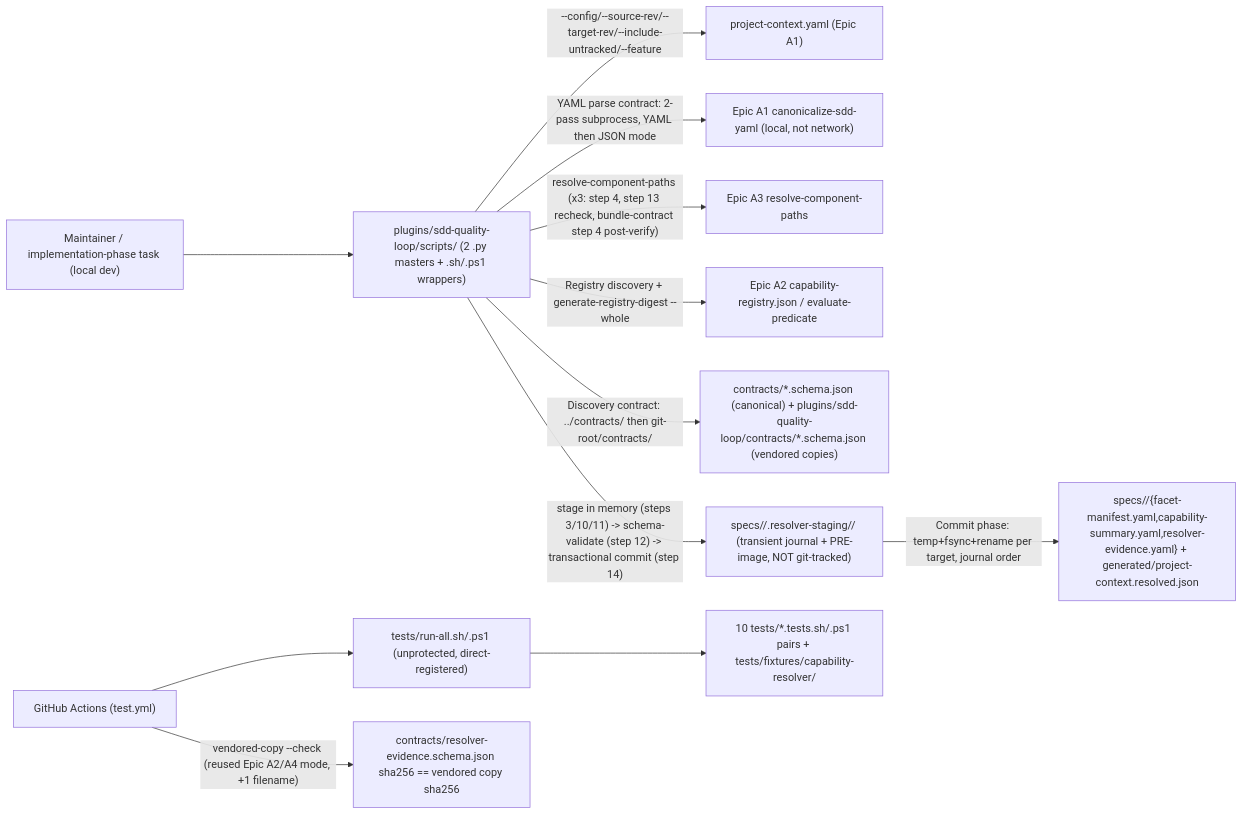
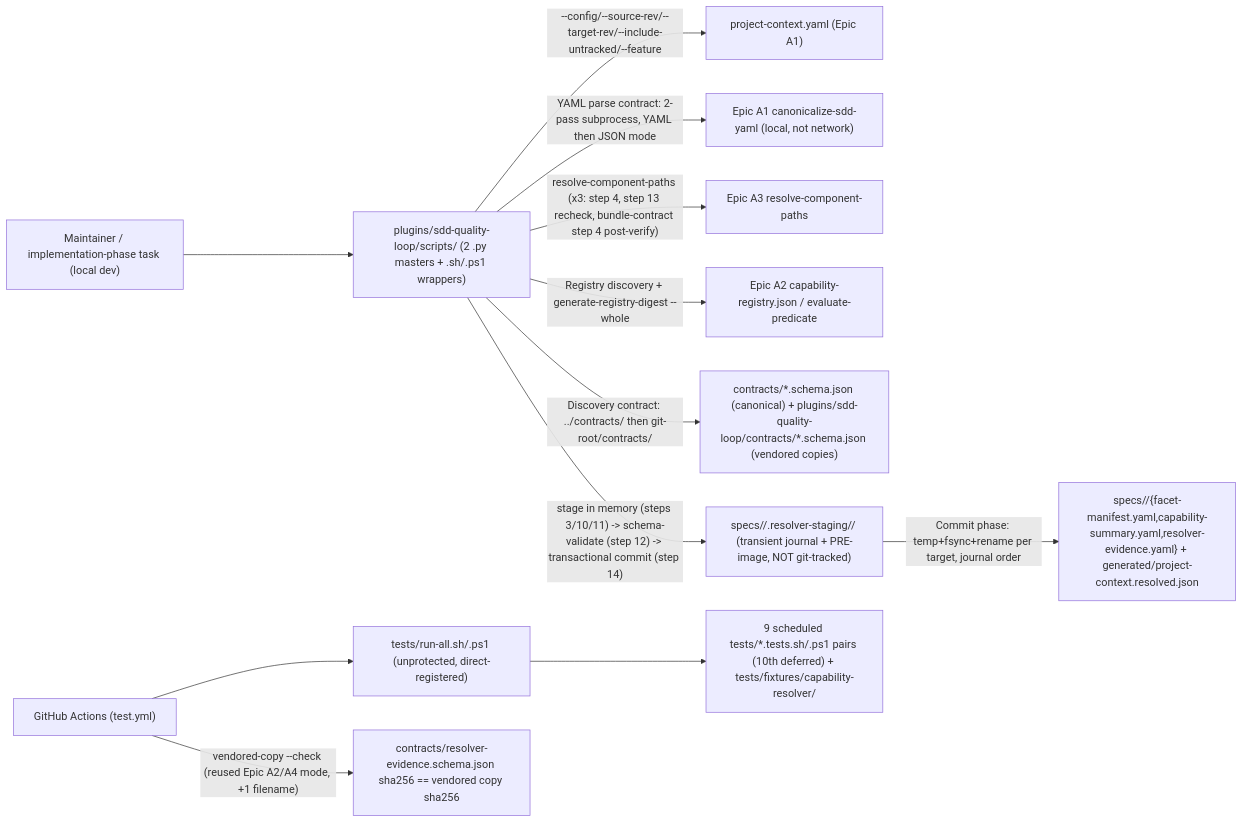
One commit to aharada54914/sdd-forge changed the first of 2 diagrams in specs/epic-193-a5-capability-resolver/infra-spec.md. Above: the diagram before and after it, drawn with Mermaid. The commit also changed other lines of this file and 1 other file, not shown here.

````diff
--- a/specs/epic-193-a5-capability-resolver/infra-spec.md
+++ b/specs/epic-193-a5-capability-resolver/infra-spec.md
@@ -13,14 +13,14 @@
 ```mermaid
 flowchart LR
   Dev["Maintainer / implementation-phase task (local dev)"] --> Scripts["plugins/sdd-quality-loop/scripts/ (2 .py masters + .sh/.ps1 wrappers)"]
   Scripts -->|"--config/--source-rev/--target-rev/--include-untracked/--feature"| YAML["project-context.yaml (Epic A1)"]
   Scripts -->|"YAML parse contract: 2-pass subprocess, YAML then JSON mode"| CANON["Epic A1 canonicalize-sdd-yaml (local, not network)"]
   Scripts -->|"resolve-component-paths (x3: step 4, step 13 recheck, bundle-contract step 4 post-verify)"| A3["Epic A3 resolve-component-paths"]
   Scripts -->|"Registry discovery + generate-registry-digest --whole"| A2["Epic A2 capability-registry.json / evaluate-predicate"]
   Scripts -->|"Discovery contract: ../contracts/ then git-root/contracts/"| CONTRACTS["contracts/*.schema.json (canonical) + plugins/sdd-quality-loop/contracts/*.schema.json (vendored copies)"]
   Scripts -->|"stage in memory (steps 3/10/11) -> schema-validate (step 12) -> transactional commit (step 14)"| STAGING["specs/<feature>/.resolver-staging/<batch-nonce>/ (transient journal + PRE-image, NOT git-tracked)"]
   STAGING -->|"Commit phase: temp+fsync+rename per target, journal order"| LIVE["specs/<feature>/{facet-manifest.yaml,capability-summary.yaml,resolver-evidence.yaml} + generated/project-context.resolved.json"]
   CI["GitHub Actions (test.yml)"] --> RunAll["tests/run-all.sh/.ps1 (unprotected, direct-registered)"]
-  RunAll --> Suites["10 tests/*.tests.sh/.ps1 pairs + tests/fixtures/capability-resolver/"]
+  RunAll --> Suites["9 scheduled tests/*.tests.sh/.ps1 pairs (10th deferred) + tests/fixtures/capability-resolver/"]
   CI -->|"vendored-copy --check (reused Epic A2/A4 mode, +1 filename)"| DRIFT["contracts/resolver-evidence.schema.json sha256 == vendored copy sha256"]
 ```
````
